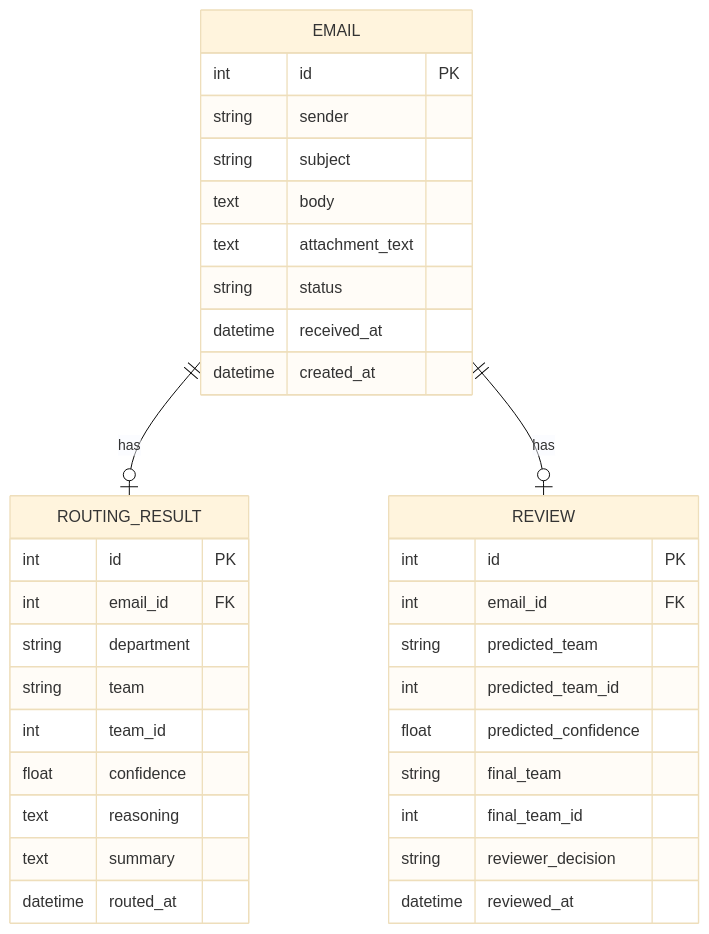
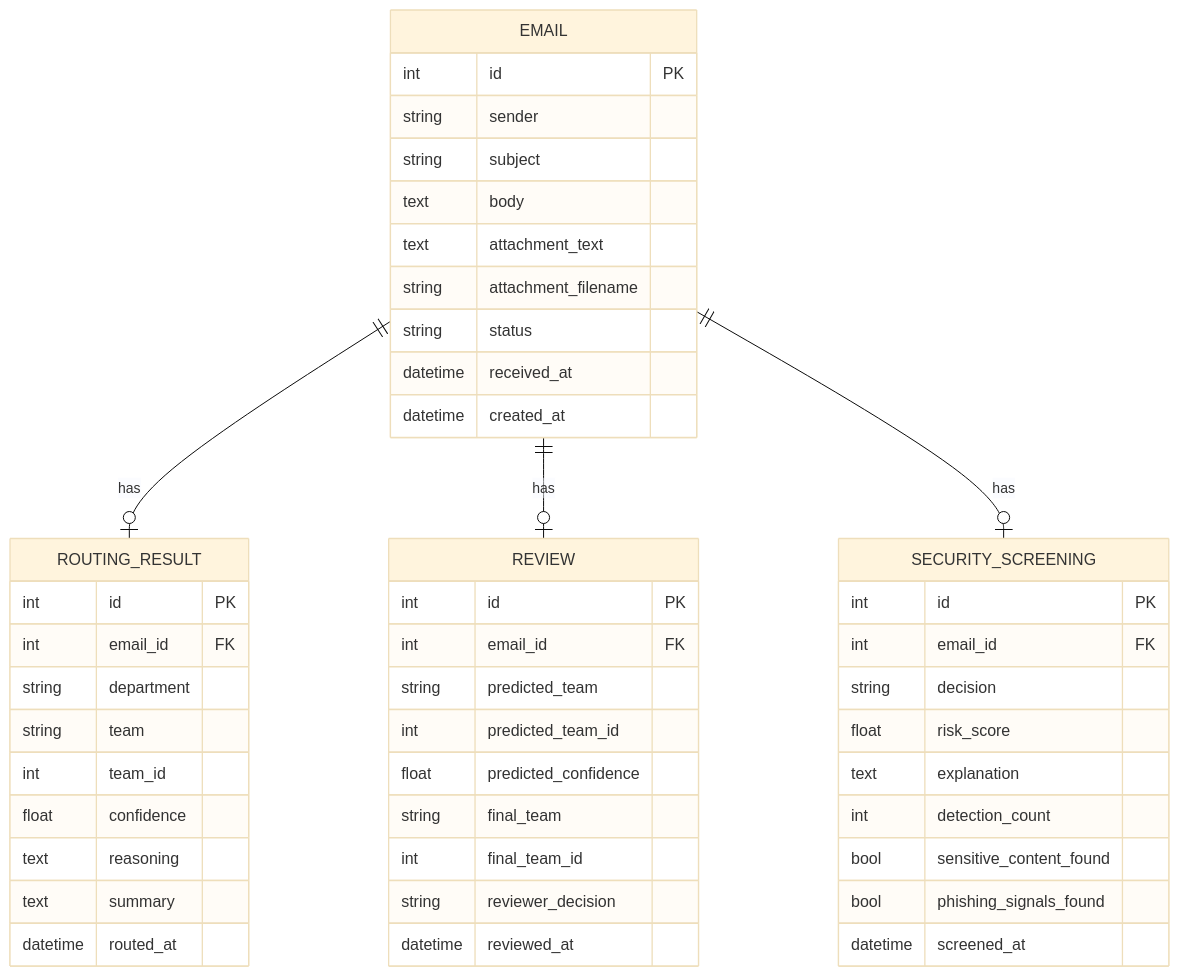
Before and after one commit to Shivam091105/Email-Router: the fifth of 5 diagrams in README.md, drawn with Mermaid (base theme). The commit also changed other lines of this file and 1 other file, not shown here.

````diff
--- a/README.md
+++ b/README.md
@@ -196,38 +251,51 @@
 ```mermaid
 erDiagram
     EMAIL ||--o| ROUTING_RESULT : has
     EMAIL ||--o| REVIEW : has
+    EMAIL ||--o| SECURITY_SCREENING : has
 
     EMAIL {
         int id PK
         string sender
         string subject
         text body
         text attachment_text
+        string attachment_filename
         string status
         datetime received_at
         datetime created_at
+    }
+    SECURITY_SCREENING {
+        int id PK
+        int email_id FK
+        string decision
+        float risk_score
+        text explanation
+        int detection_count
+        bool sensitive_content_found
+        bool phishing_signals_found
+        datetime screened_at
     }
     ROUTING_RESULT {
         int id PK
         int email_id FK
         string department
         string team
         int team_id
         float confidence
         text reasoning
         text summary
         datetime routed_at
     }
     REVIEW {
         int id PK
         int email_id FK
         string predicted_team
         int predicted_team_id
         float predicted_confidence
         string final_team
         int final_team_id
         string reviewer_decision
         datetime reviewed_at
     }
 ```
````
